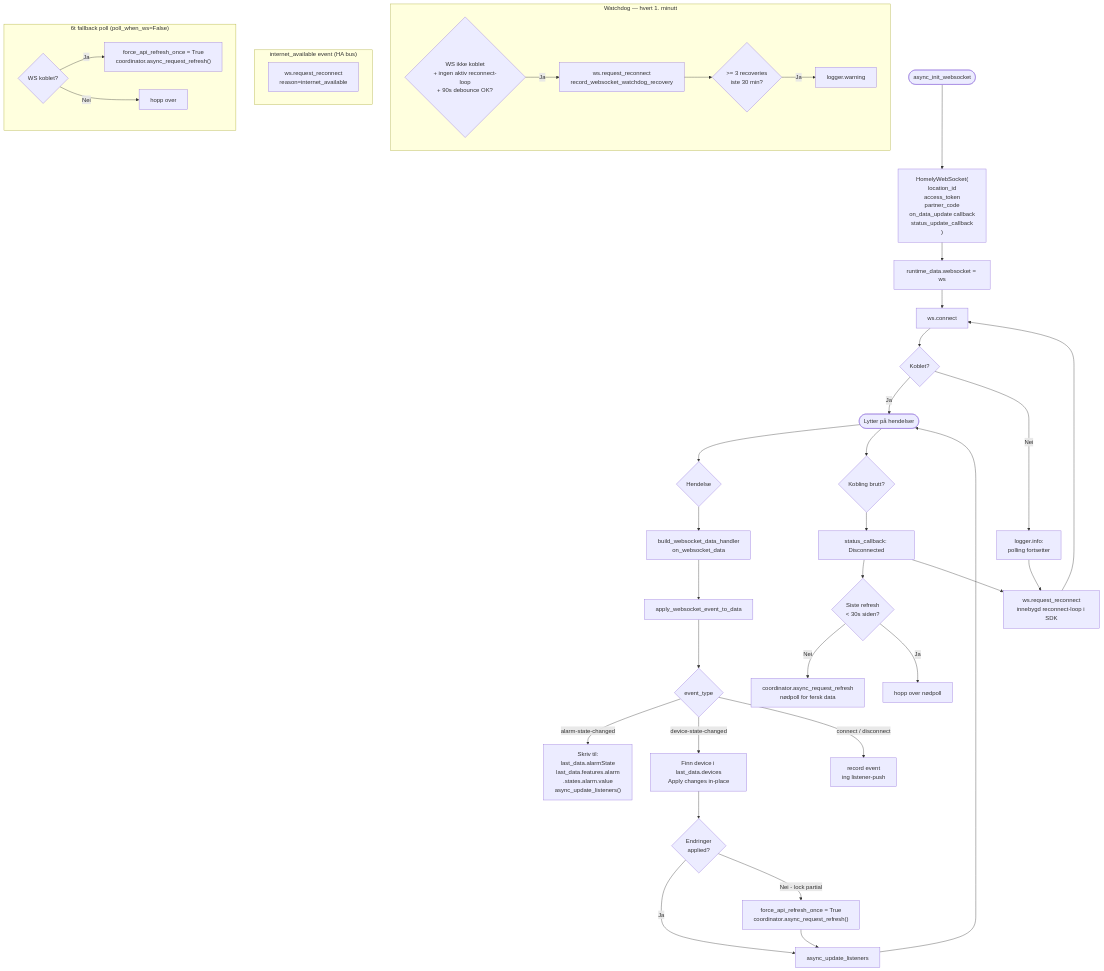
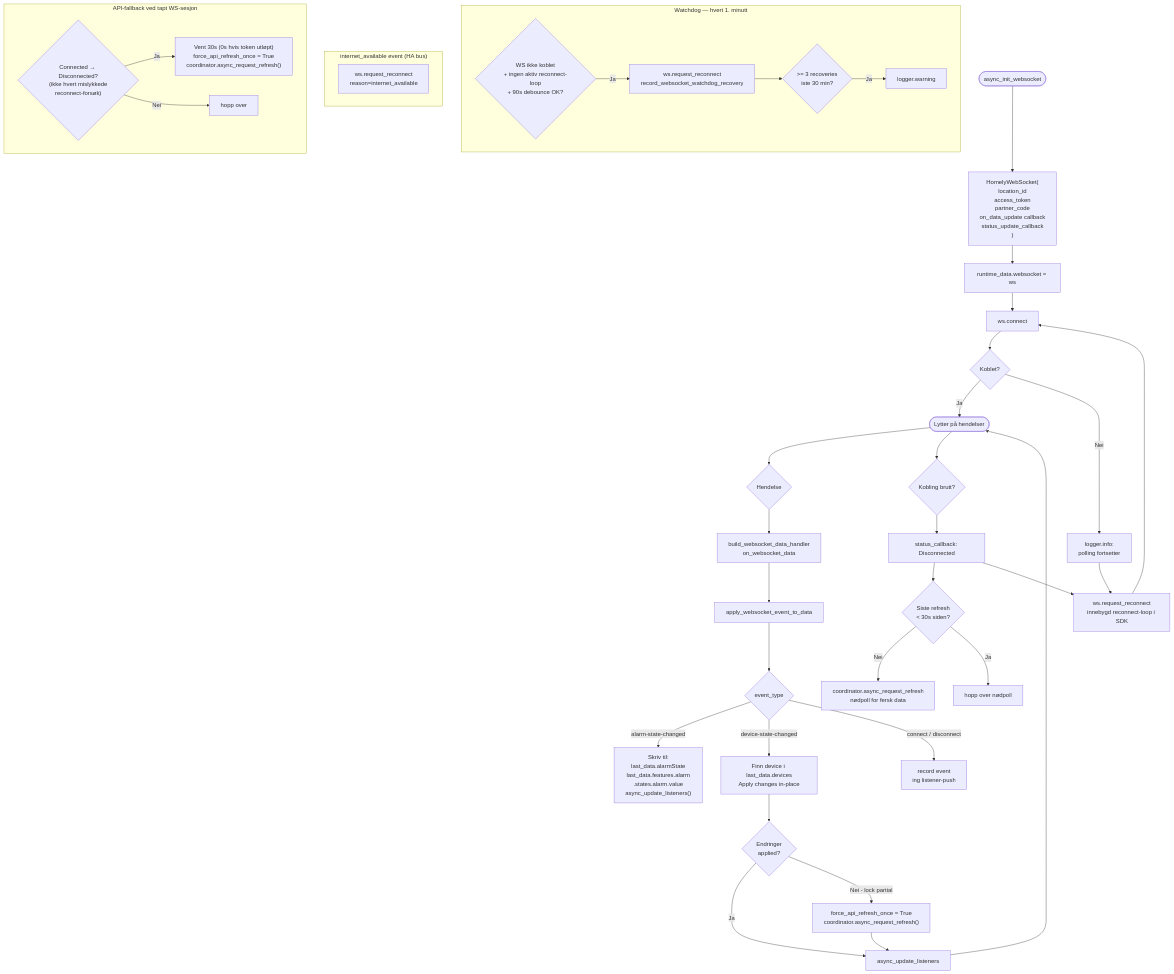
The fifth of 8 diagrams in ARCHITECTURE.md (ludvikroed/homely-integration), drawn with Mermaid before and after one commit. The commit also changed other lines of this file and 37 other files, not shown here.

````diff
--- a/ARCHITECTURE.md
+++ b/ARCHITECTURE.md
@@ -165,50 +163,50 @@
 ```mermaid
 flowchart TD
     INIT([async_init_websocket]) --> BUILD["HomelyWebSocket(\n  location_id\n  access_token\n  partner_code\n  on_data_update callback\n  status_update_callback\n)"]
     BUILD --> STORE_WS[runtime_data.websocket = ws]
     STORE_WS --> CONNECT[ws.connect]
     CONNECT --> CONNOK{Koblet?}
     CONNOK -->|Ja| LISTEN([Lytter på hendelser])
     CONNOK -->|Nei| LOGWARN[logger.info:\npolling fortsetter]
     LOGWARN --> RECONN_LOOP
 
     LISTEN --> RECV{Hendelse}
     RECV --> HANDLER[build_websocket_data_handler\non_websocket_data]
     HANDLER --> APPLY[apply_websocket_event_to_data]
     APPLY --> EVTYPE{event_type}
 
     EVTYPE -->|alarm-state-changed| ALARM_UPD["Skriv til:\nlast_data.alarmState\nlast_data.features.alarm\n.states.alarm.value\nasync_update_listeners()"]
     EVTYPE -->|device-state-changed| DEV_UPD[Finn device i last_data.devices\nApply changes in-place]
     DEV_UPD --> CHANGES{Endringer\napplied?}
     CHANGES -->|Ja| NOTIFY[async_update_listeners]
     CHANGES -->|Nei - lock partial| FORCE["force_api_refresh_once = True\ncoordinator.async_request_refresh()"]
     FORCE --> NOTIFY
     EVTYPE -->|connect / disconnect| IGNOREEVT[record event\ning listener-push]
 
     NOTIFY --> LISTEN
 
     LISTEN --> DISC{Kobling brutt?}
     DISC --> STATUS_CB[status_callback: Disconnected]
     STATUS_CB --> DEBOUNCE{Siste refresh\n< 30s siden?}
     DEBOUNCE -->|Nei| IMMEDIATEPOLL[coordinator.async_request_refresh\nnødpoll for fersk data]
     DEBOUNCE -->|Ja| SKIP_POLL[hopp over nødpoll]
     STATUS_CB --> RECONN_LOOP[ws.request_reconnect\ninnebygd reconnect-loop i SDK]
     RECONN_LOOP --> CONNECT
 
     subgraph WATCHDOG["Watchdog — hvert 1. minutt"]
         WDC{WS ikke koblet\n+ ingen aktiv reconnect-loop\n+ 90s debounce OK?}
         WDC -->|Ja| WDR[ws.request_reconnect\nrecord_websocket_watchdog_recovery]
         WDR --> WDWARN{>= 3 recoveries\niste 30 min?}
         WDWARN -->|Ja| WDLOG[logger.warning]
     end
 
     subgraph INTERNET["internet_available event (HA bus)"]
         INET[ws.request_reconnect\nreason=internet_available]
     end
 
-    subgraph FALLBACK["6t fallback poll (poll_when_ws=False)"]
-        FBC{WS koblet?}
-        FBC -->|Ja| FBF["force_api_refresh_once = True\ncoordinator.async_request_refresh()"]
+    subgraph FALLBACK["API-fallback ved tapt WS-sesjon"]
+        FBC{"Connected → Disconnected?\n(ikke hvert mislykkede\nreconnect-forsøk)"}
+        FBC -->|Ja| FBF["Vent 30s (0s hvis token utløpt)\nforce_api_refresh_once = True\ncoordinator.async_request_refresh()"]
         FBC -->|Nei| FBSKIP[hopp over]
     end
 ```
````
